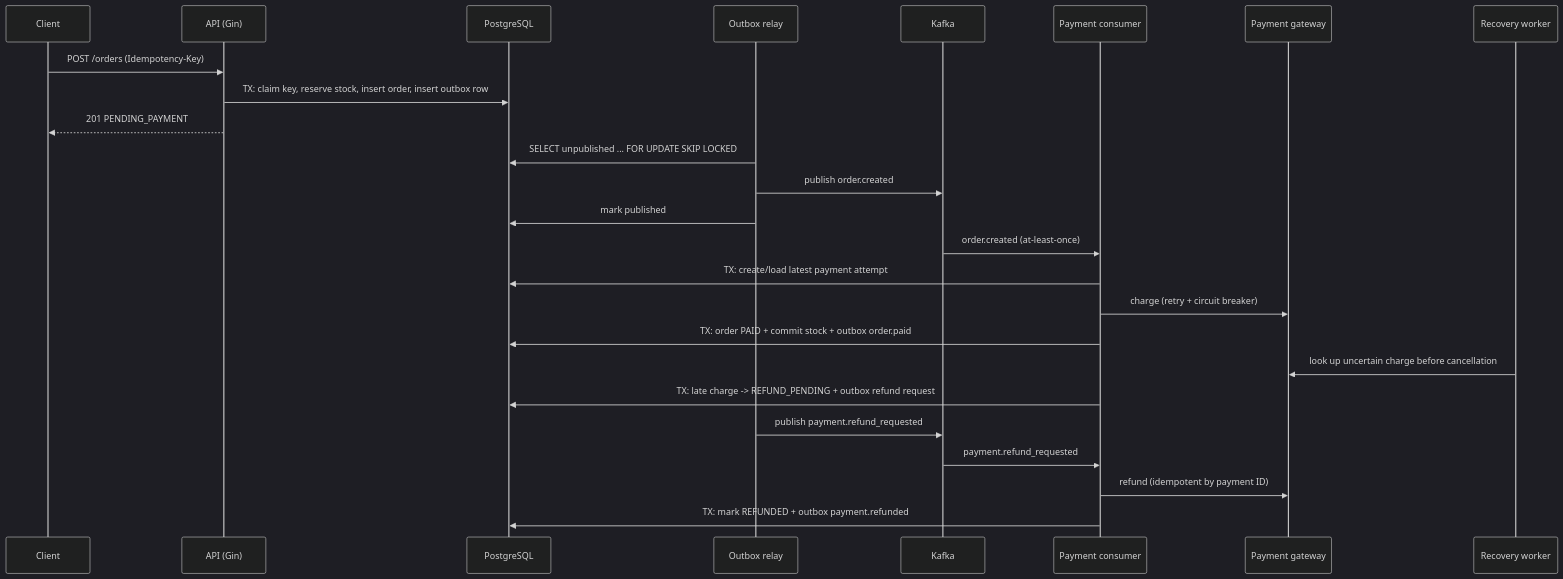
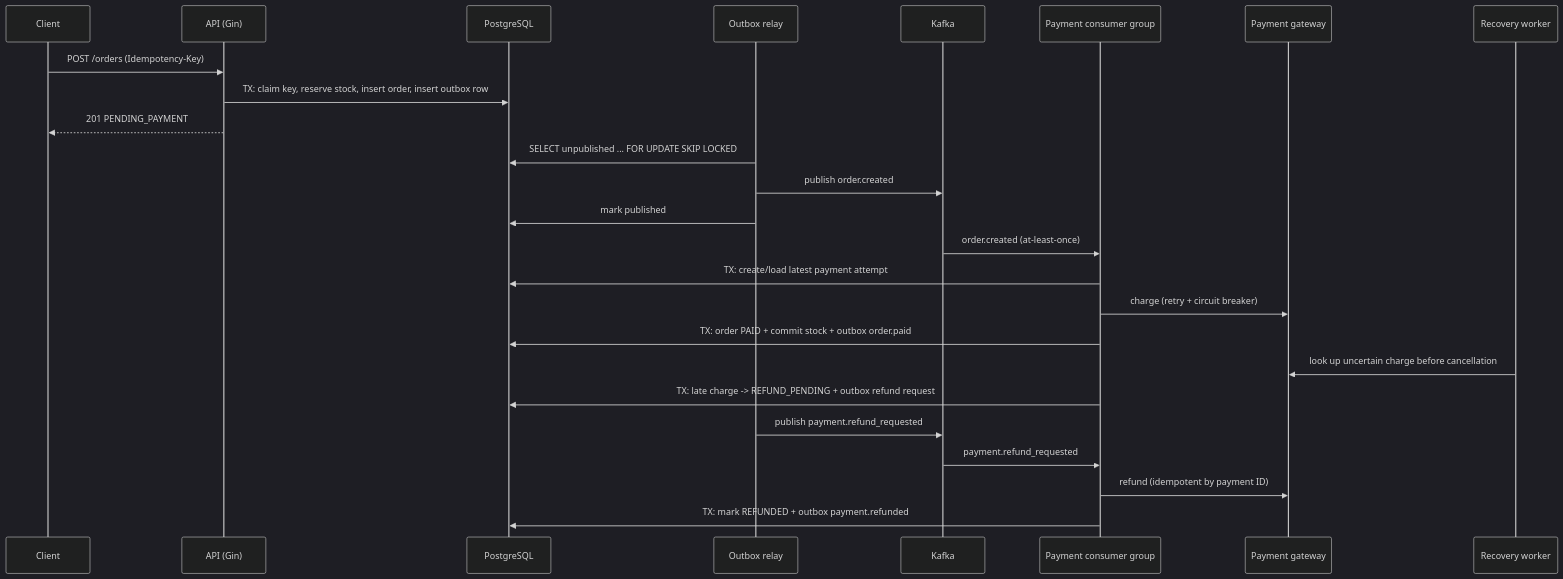
The diagram in docs/architecture/overview.md (BrianObonyo/order-processing-system), drawn with Mermaid (dark theme) before and after one commit. The commit also changed other lines of this file and 22 other files, not shown here.

````diff
--- a/docs/architecture/overview.md
+++ b/docs/architecture/overview.md
@@ -5,27 +5,27 @@
 ```mermaid
 sequenceDiagram
   participant C as Client
   participant A as API (Gin)
   participant P as PostgreSQL
   participant R as Outbox relay
   participant K as Kafka
-  participant W as Payment consumer
+  participant W as Payment consumer group
   participant G as Payment gateway
   participant X as Recovery worker
   C->>A: POST /orders (Idempotency-Key)
   A->>P: TX: claim key, reserve stock, insert order, insert outbox row
   A-->>C: 201 PENDING_PAYMENT
   R->>P: SELECT unpublished ... FOR UPDATE SKIP LOCKED
   R->>K: publish order.created
   R->>P: mark published
   K->>W: order.created (at-least-once)
   W->>P: TX: create/load latest payment attempt
   W->>G: charge (retry + circuit breaker)
   W->>P: TX: order PAID + commit stock + outbox order.paid
   X->>G: look up uncertain charge before cancellation
   W->>P: TX: late charge -> REFUND_PENDING + outbox refund request
   R->>K: publish payment.refund_requested
   K->>W: payment.refund_requested
   W->>G: refund (idempotent by payment ID)
   W->>P: TX: mark REFUNDED + outbox payment.refunded
 ```
````
